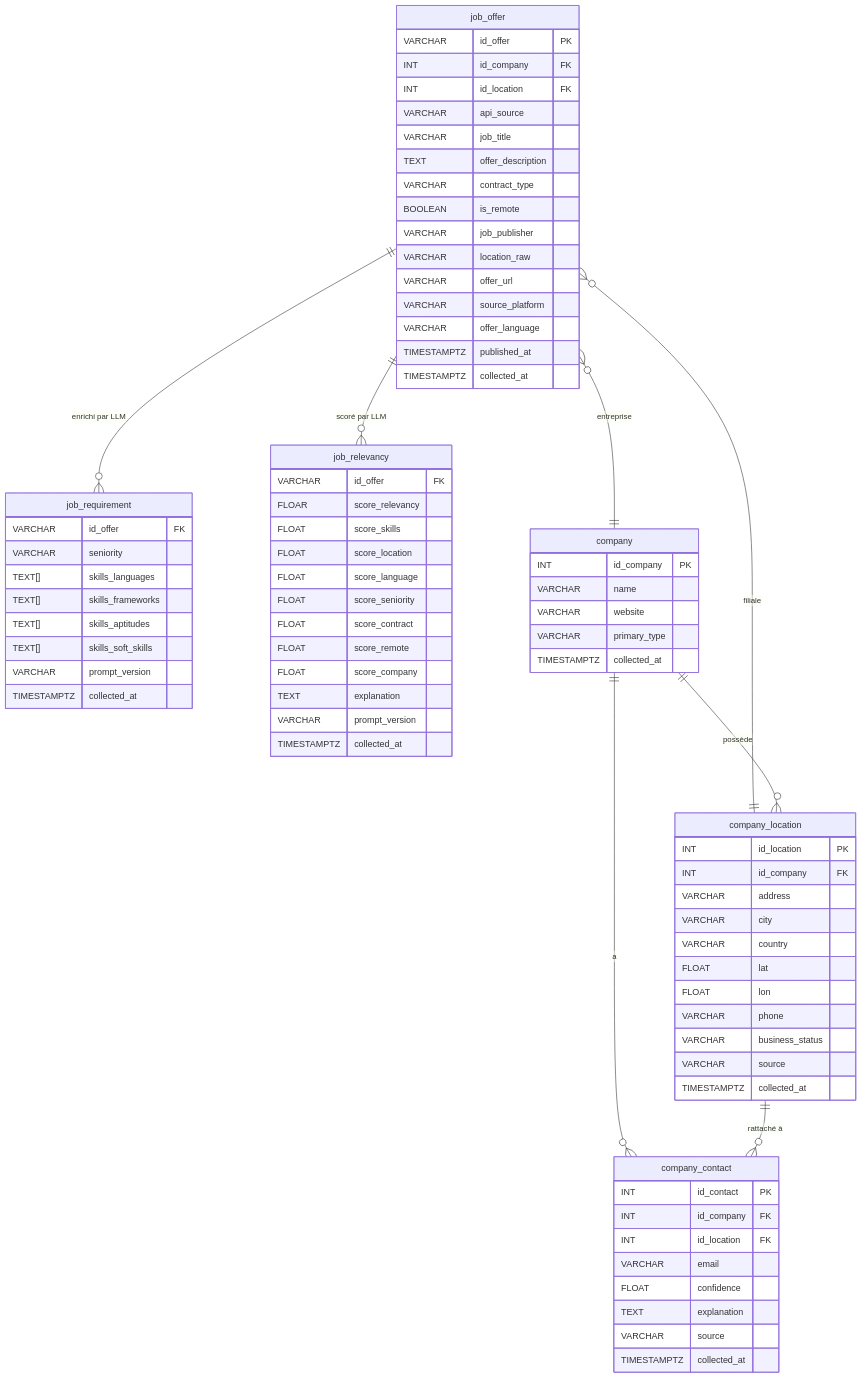
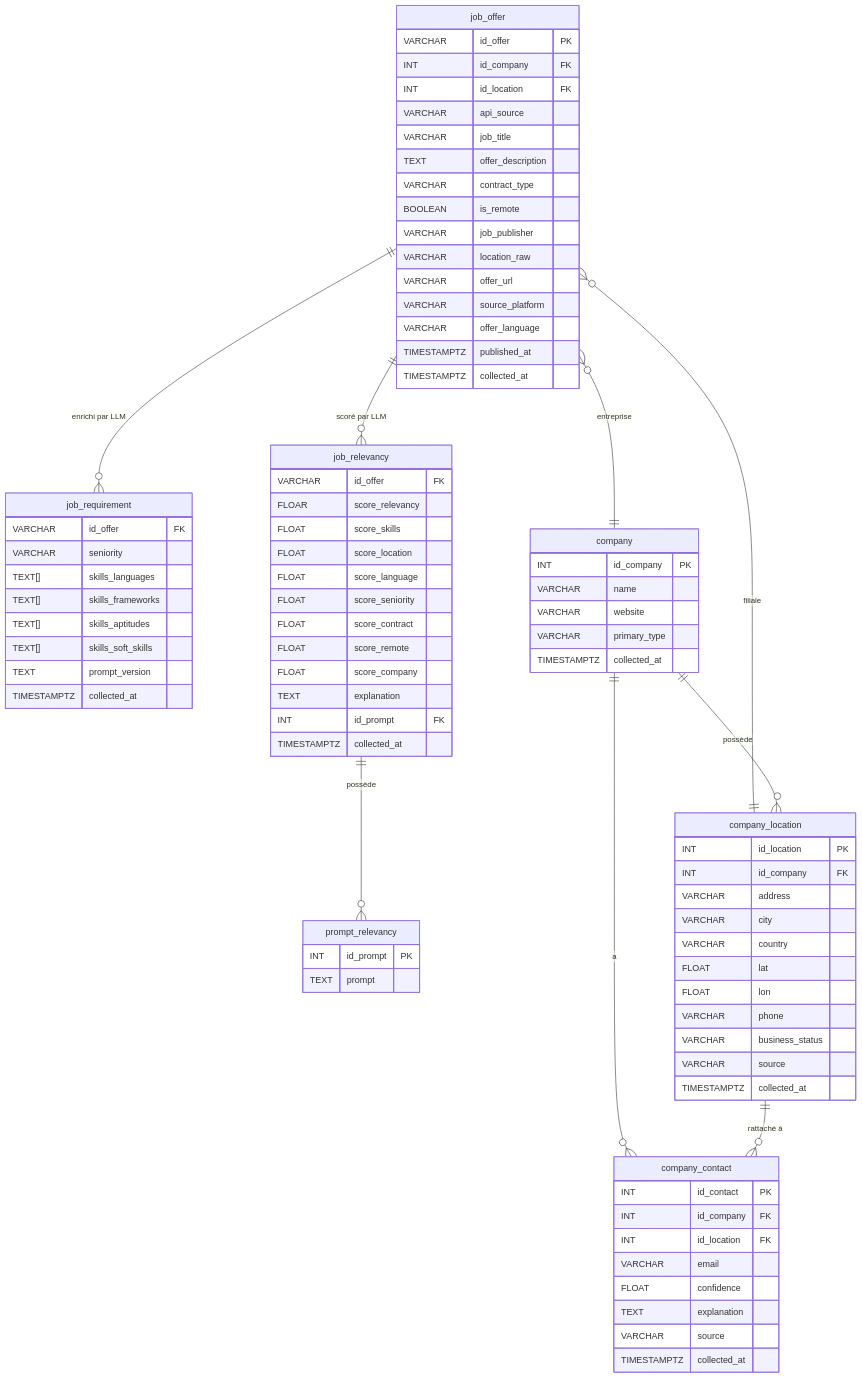
Before and after one commit to BigDataCorrompu/InternshipLatam: the diagram in SilverTables.md, drawn with Mermaid. The commit also changed 6 other files, not shown here.

```diff
--- a/SilverTables.md
+++ b/SilverTables.md
@@ -25,7 +25,7 @@
     TEXT[] skills_frameworks
     TEXT[] skills_aptitudes
     TEXT[] skills_soft_skills
-    VARCHAR prompt_version
+    TEXT prompt_version
     TIMESTAMPTZ collected_at
   }
   job_relevancy {
@@ -39,8 +39,12 @@
     FLOAT score_remote
     FLOAT score_company
     TEXT explanation
-    VARCHAR prompt_version
+    INT id_prompt FK
     TIMESTAMPTZ collected_at
+  }
+  prompt_relevancy {
+    INT id_prompt PK
+    TEXT prompt 
   }
   company {
     INT id_company PK
@@ -77,6 +81,7 @@
   job_offer }o--|| company_location : "filiale"
   job_offer ||--o{ job_requirement : "enrichi par LLM"
   job_offer ||--o{ job_relevancy : "scoré par LLM"
+  job_relevancy ||--o{ prompt_relevancy : "possède"
   company ||--o{ company_location : "possède"
   company ||--o{ company_contact : "a"
   company_location ||--o{ company_contact : "rattaché à"
```
